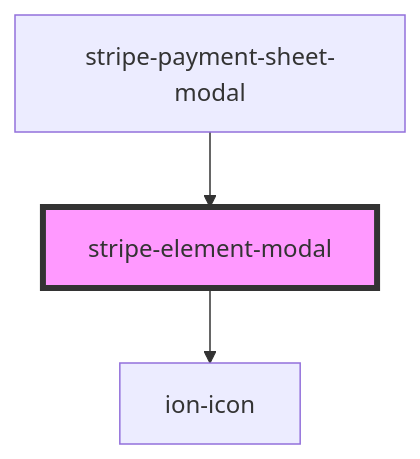
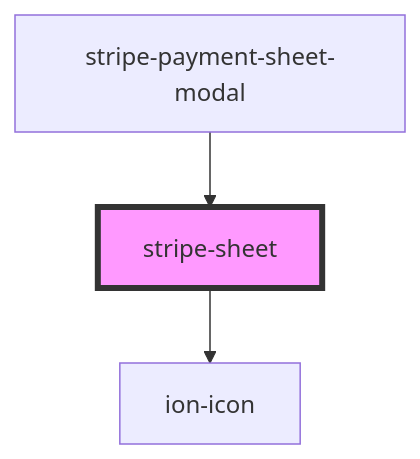
One commit to wpkyoto/stripe-pwa-elements changed the diagram in src/components/stripe-element-modal/readme.md. Above: the diagram before and after it, drawn with Mermaid. The commit also changed 10 other files, not shown here.

Commit message:
breaking-change: rename from stripe-payment-modal to stripe-sheet

````diff
--- a/src/components/stripe-element-modal/readme.md
+++ b/src/components/stripe-element-modal/readme.md
@@ -65,6 +65,6 @@
 ```mermaid
 graph TD;
-  stripe-element-modal --> ion-icon
-  stripe-payment-sheet-modal --> stripe-element-modal
-  style stripe-element-modal fill:#f9f,stroke:#333,stroke-width:4px
+  stripe-sheet --> ion-icon
+  stripe-payment-sheet-modal --> stripe-sheet
+  style stripe-sheet fill:#f9f,stroke:#333,stroke-width:4px
 ```
````
